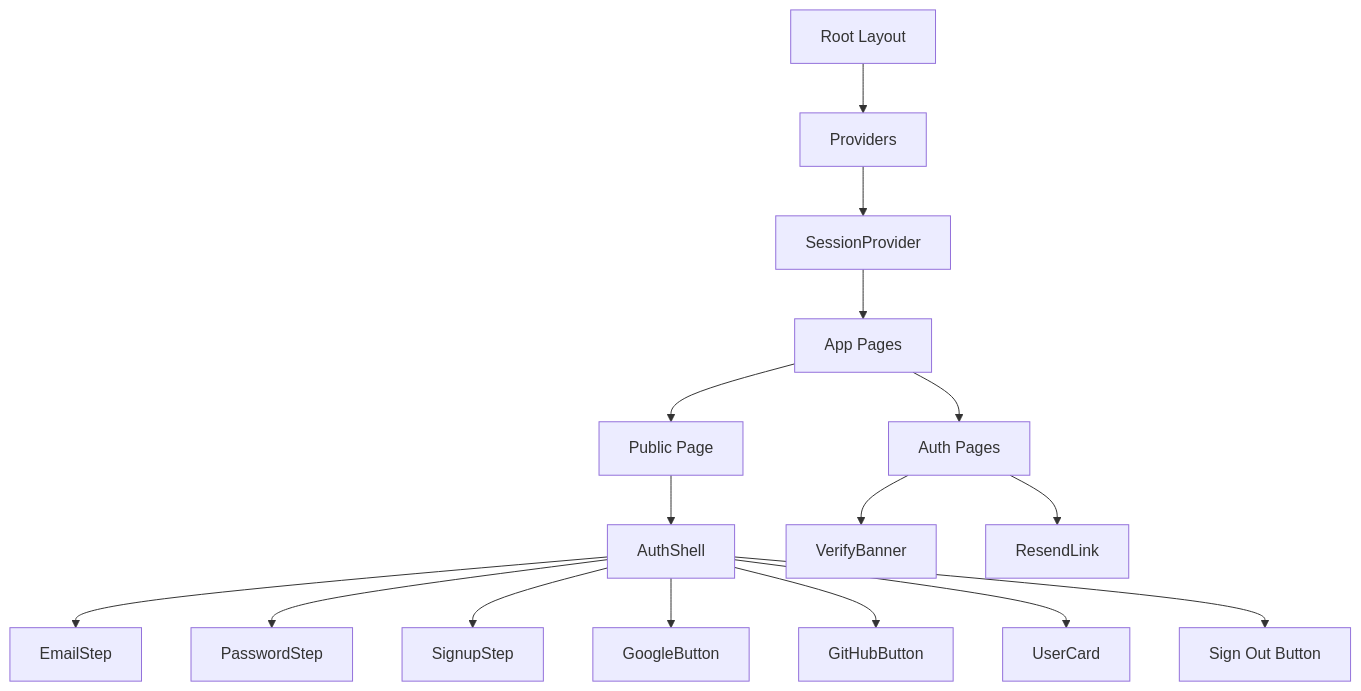
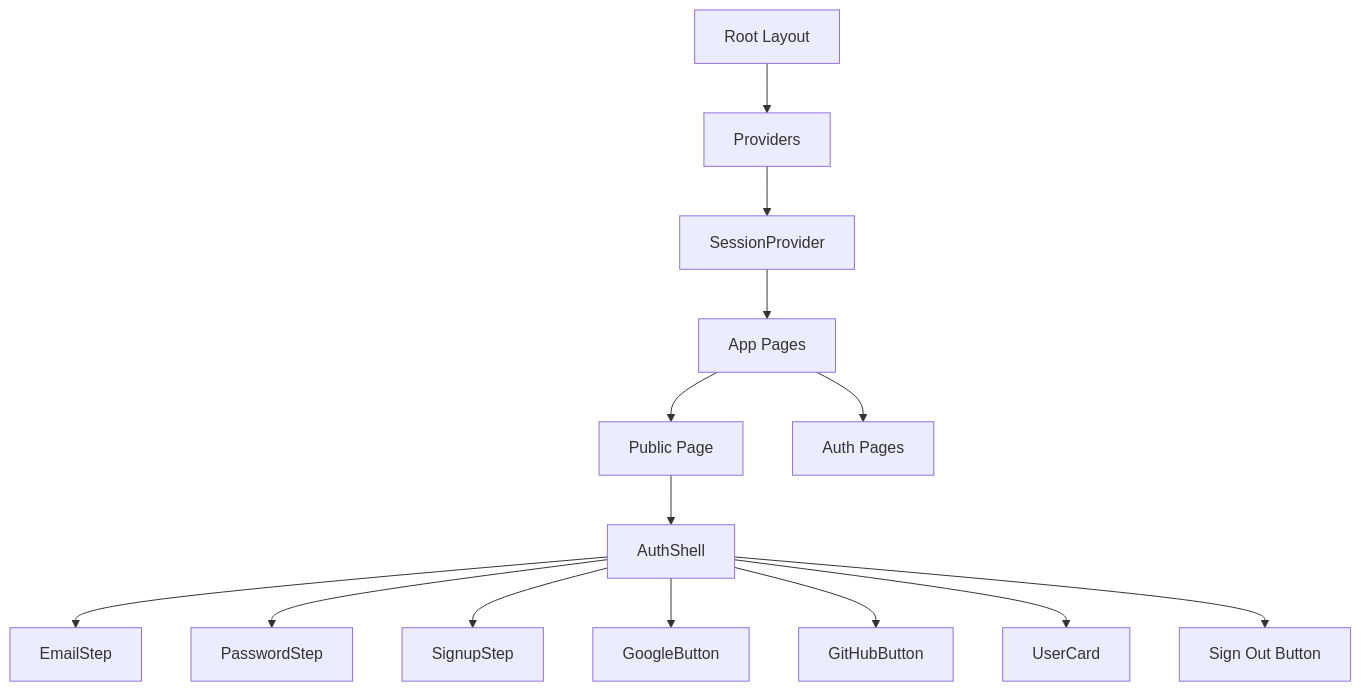
The seventh of 12 diagrams in docs/ARCHITECTURE.md (manumu-studio/auth-manumu-studio), drawn with Mermaid before and after one commit. The commit also changed other lines of this file and 58 other files, not shown here.

````diff
--- a/docs/ARCHITECTURE.md
+++ b/docs/ARCHITECTURE.md
@@ -193,18 +193,16 @@
 ```mermaid
 graph TD
     A[Root Layout] --> B[Providers]
     B --> C[SessionProvider]
     C --> E[App Pages]
     E --> F[Public Page]
     E --> G[Auth Pages]
     F --> H[AuthShell]
     H --> I[EmailStep]
     H --> J[PasswordStep]
     H --> K[SignupStep]
     H --> L[GoogleButton]
     H --> M[GitHubButton]
     H --> N[UserCard]
     H --> O[Sign Out Button]
-    G --> P[VerifyBanner]
-    G --> Q[ResendLink]
 ```
````
